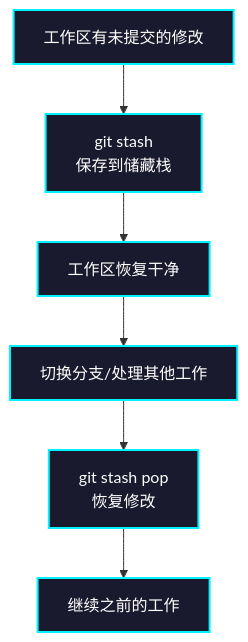
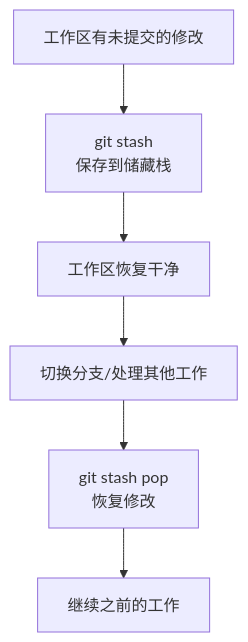
One commit to The-time-forever/The-time-forever.github.io changed diagram 17 of 23 in _posts/2026-03-02-git完全指南.md. Above: the diagram before and after it, drawn with Mermaid. The commit also changed other lines of this file, not shown here.

Commit message:
移除 Git 完全指南中 mermaid 图表的样式设置，简化代码

````diff
--- a/_posts/2026-03-02-git完全指南.md
+++ b/_posts/2026-03-02-git完全指南.md
@@ -557,15 +528,8 @@
 ```mermaid
 flowchart TD
     A[工作区有未提交的修改] --> B[git stash<br/>保存到储藏栈]
     B --> C[工作区恢复干净]
     C --> D[切换分支/处理其他工作]
     D --> E[git stash pop<br/>恢复修改]
     E --> F[继续之前的工作]
-
-    style A fill:#1a1a2e,stroke:#00f2ff,stroke-width:2px,color:#fff
-    style B fill:#1a1a2e,stroke:#00f2ff,stroke-width:2px,color:#fff
-    style C fill:#1a1a2e,stroke:#00f2ff,stroke-width:2px,color:#fff
-    style D fill:#1a1a2e,stroke:#00f2ff,stroke-width:2px,color:#fff
-    style E fill:#1a1a2e,stroke:#00f2ff,stroke-width:2px,color:#fff
-    style F fill:#1a1a2e,stroke:#00f2ff,stroke-width:2px,color:#fff
 ```
````
